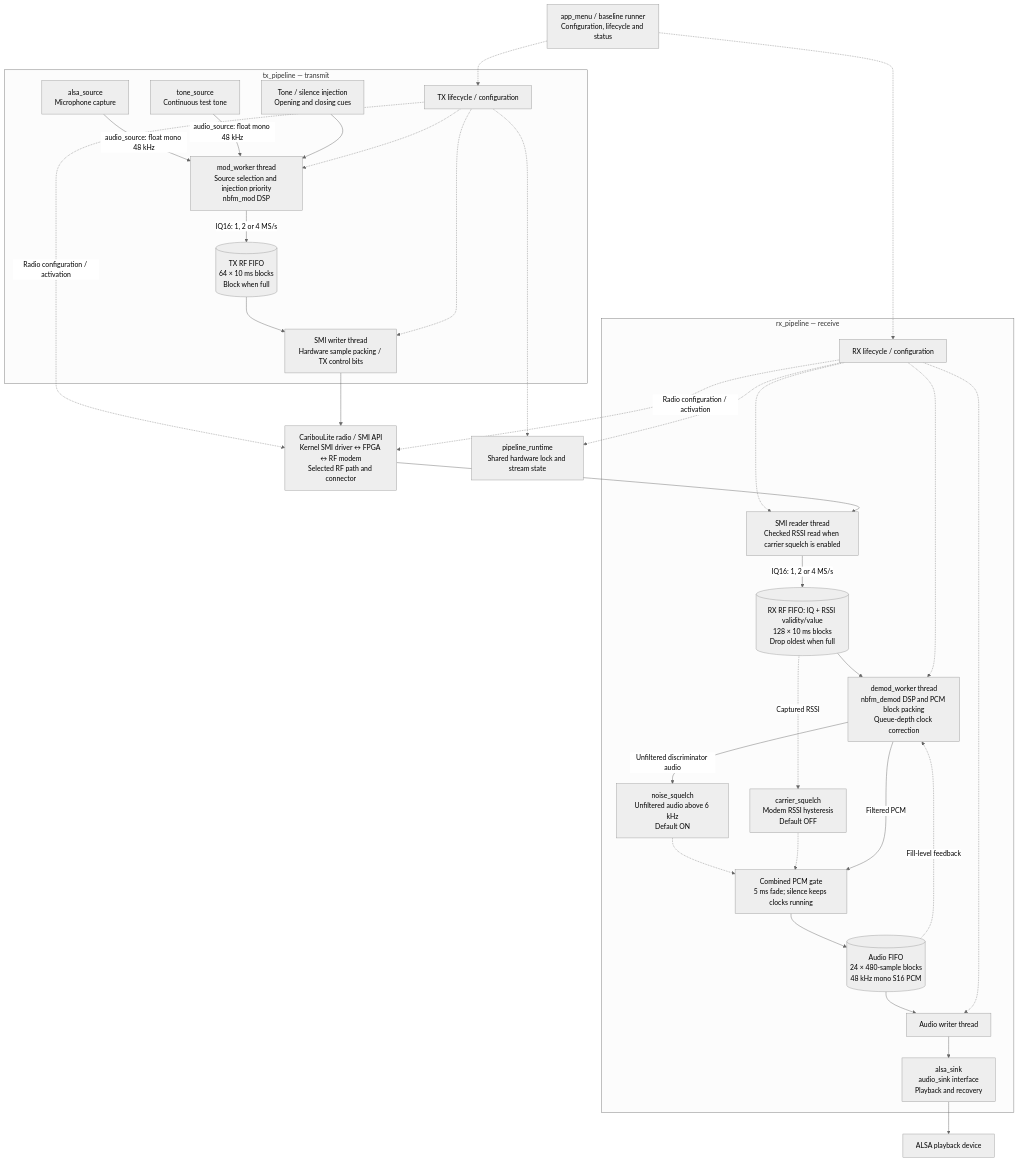
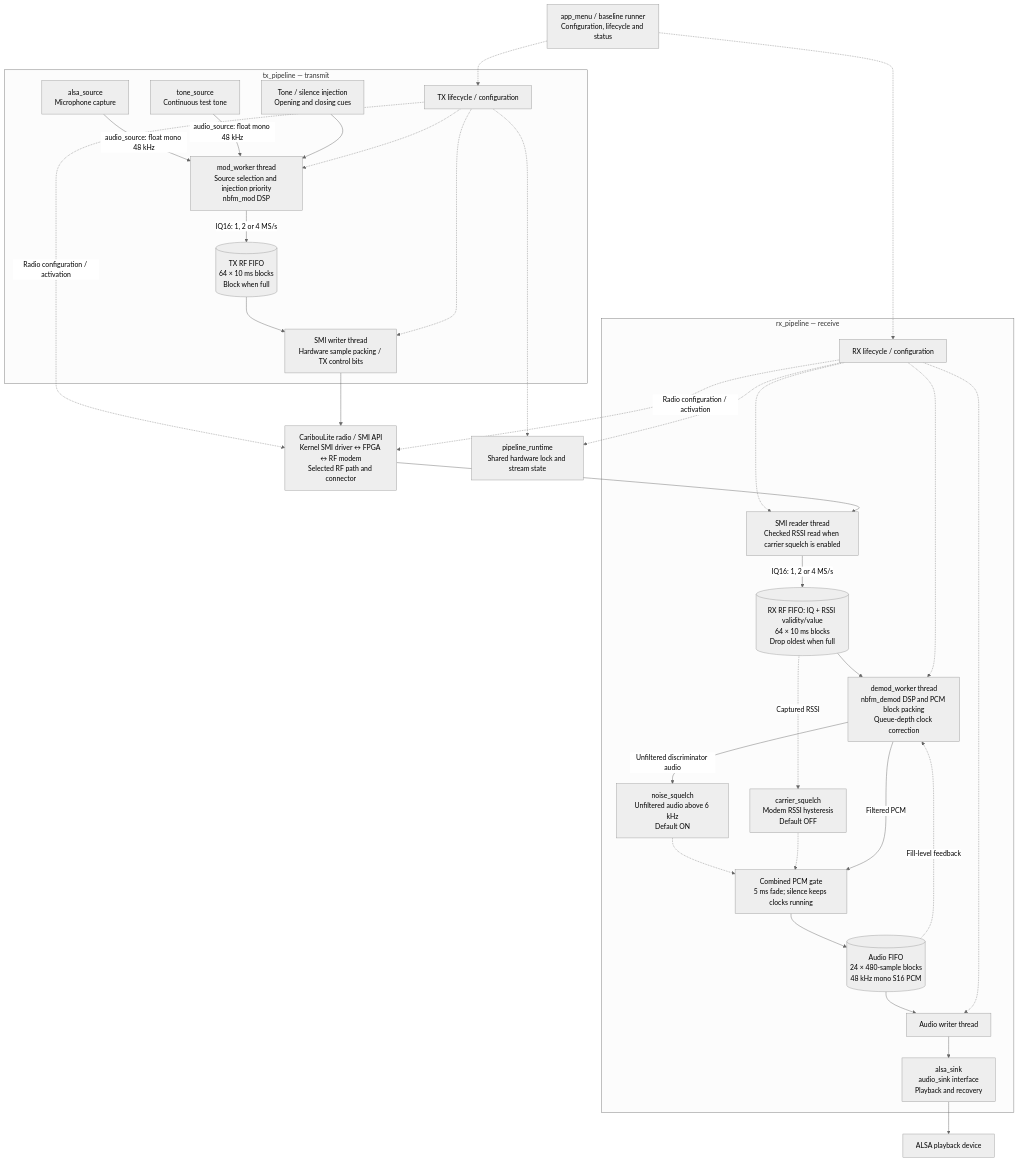
The first of 2 diagrams in docs/audio-dsp-interfaces.md (Habraken/cariboulite), drawn with Mermaid (neutral theme) before and after one commit. The commit also changed 4 other files, not shown here.

Commit message:
Updated roadmap

````diff
--- a/docs/audio-dsp-interfaces.md
+++ b/docs/audio-dsp-interfaces.md
@@ -47,61 +47,61 @@
 ```mermaid
 flowchart TB
     menu["app_menu / baseline runner<br/>Configuration, lifecycle and status"]
     runtime["pipeline_runtime<br/>Shared hardware lock and stream state"]
 
     subgraph tx["tx_pipeline — transmit"]
         txctl["TX lifecycle / configuration"]
         mic["alsa_source<br/>Microphone capture"]
         tone["tone_source<br/>Continuous test tone"]
         cue["Tone / silence injection<br/>Opening and closing cues"]
         mod["mod_worker thread<br/>Source selection and injection priority<br/>nbfm_mod DSP"]
         txq[("TX RF FIFO<br/>64 × 10 ms blocks<br/>Block when full")]
         writer["SMI writer thread<br/>Hardware sample packing / TX control bits"]
         mic -->|"audio_source: float mono 48 kHz"| mod
         tone -->|"audio_source: float mono 48 kHz"| mod
         cue --> mod
         mod -->|"IQ16: 1, 2 or 4 MS/s"| txq
         txq --> writer
         txctl -.-> mod
         txctl -.-> writer
     end
 
     radio["CaribouLite radio / SMI API<br/>Kernel SMI driver ↔ FPGA ↔ RF modem<br/>Selected RF path and connector"]
 
     subgraph rx["rx_pipeline — receive"]
         rxctl["RX lifecycle / configuration"]
         reader["SMI reader thread<br/>Checked RSSI read when carrier squelch is enabled"]
-        rxq[("RX RF FIFO: IQ + RSSI validity/value<br/>128 × 10 ms blocks<br/>Drop oldest when full")]
+        rxq[("RX RF FIFO: IQ + RSSI validity/value<br/>64 × 10 ms blocks<br/>Drop oldest when full")]
         demod["demod_worker thread<br/>nbfm_demod DSP and PCM block packing<br/>Queue-depth clock correction"]
         noise["noise_squelch<br/>Unfiltered audio above 6 kHz<br/>Default ON"]
         carrier["carrier_squelch<br/>Modem RSSI hysteresis<br/>Default OFF"]
         gate["Combined PCM gate<br/>5 ms fade; silence keeps clocks running"]
         aq[("Audio FIFO<br/>24 × 480-sample blocks<br/>48 kHz mono S16 PCM")]
         playback["Audio writer thread"]
         sink["alsa_sink<br/>audio_sink interface<br/>Playback and recovery"]
         reader -->|"IQ16: 1, 2 or 4 MS/s"| rxq
         rxq --> demod
         demod -->|"Unfiltered discriminator audio"| noise
         rxq -.->|"Captured RSSI"| carrier
         noise -.-> gate
         carrier -.-> gate
         demod -->|"Filtered PCM"| gate
         gate --> aq
         aq --> playback
         playback --> sink
         aq -.->|"Fill-level feedback"| demod
         rxctl -.-> reader
         rxctl -.-> demod
         rxctl -.-> playback
     end
 
     menu -.-> txctl
     menu -.-> rxctl
     txctl -.-> runtime
     rxctl -.-> runtime
     txctl -.->|"Radio configuration / activation"| radio
     rxctl -.->|"Radio configuration / activation"| radio
     writer --> radio
     radio --> reader
     sink --> speakers["ALSA playback device"]
 ```
````
